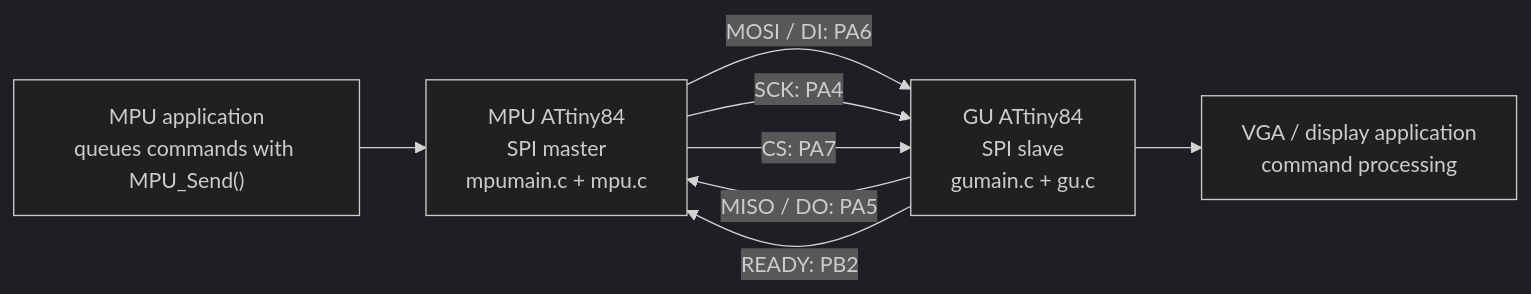
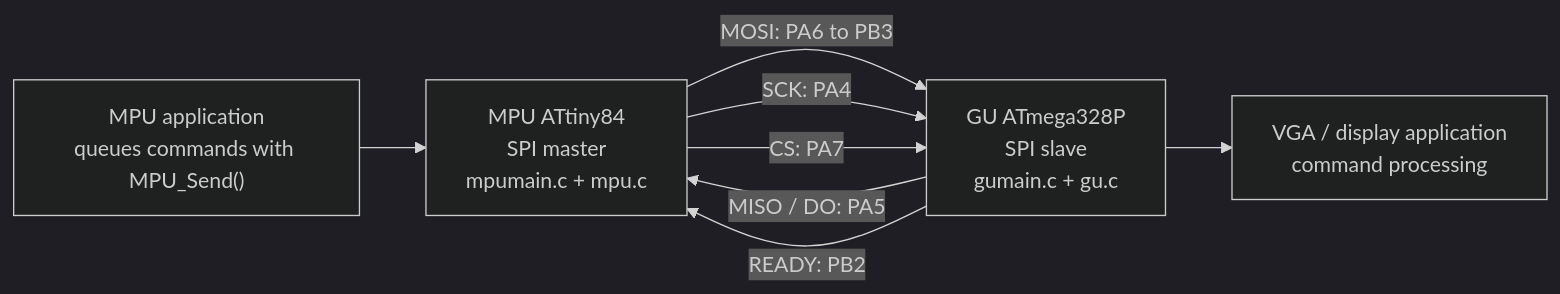
Before and after one commit to babak2000ir/avr-mpu-gpu: the diagram in README.md, drawn with Mermaid (dark theme). The commit also changed other lines of this file and 6 other files, not shown here.

````diff
--- a/README.md
+++ b/README.md
@@ -26,10 +27,10 @@
 ```mermaid
 flowchart LR
    D["MPU application<br/>queues commands with MPU_Send()"] --> A["MPU ATtiny84<br/>SPI master<br/>mpumain.c + mpu.c"]
-   A -->|MOSI / DI: PA6| B["GU ATtiny84<br/>SPI slave<br/>gumain.c + gu.c"]
+   A -->|MOSI: PA6 to PB3| B["GU ATmega328P<br/>SPI slave<br/>gumain.c + gu.c"]
     B -->|MISO / DO: PA5| A
     A -->|SCK: PA4| B
     A -->|CS: PA7| B
    B -->|READY: PB2| A
    B --> C["VGA / display application<br/>command processing"]
 ```
````
